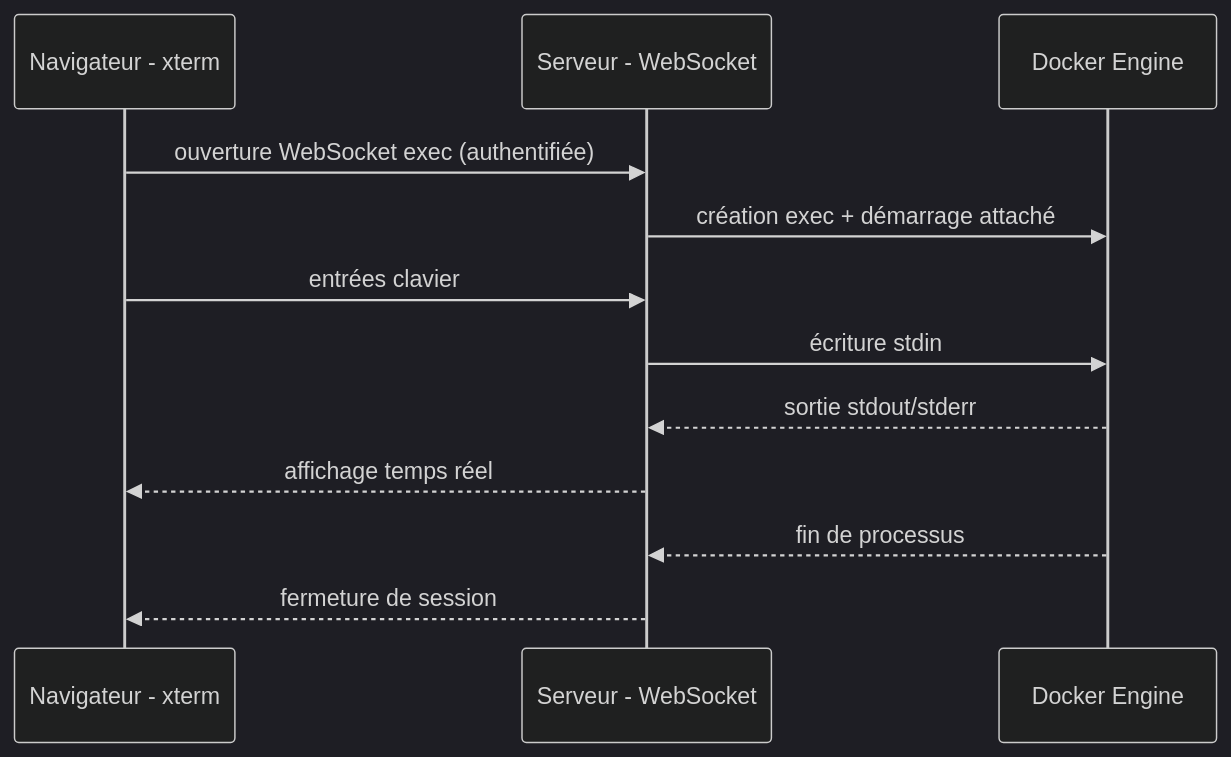
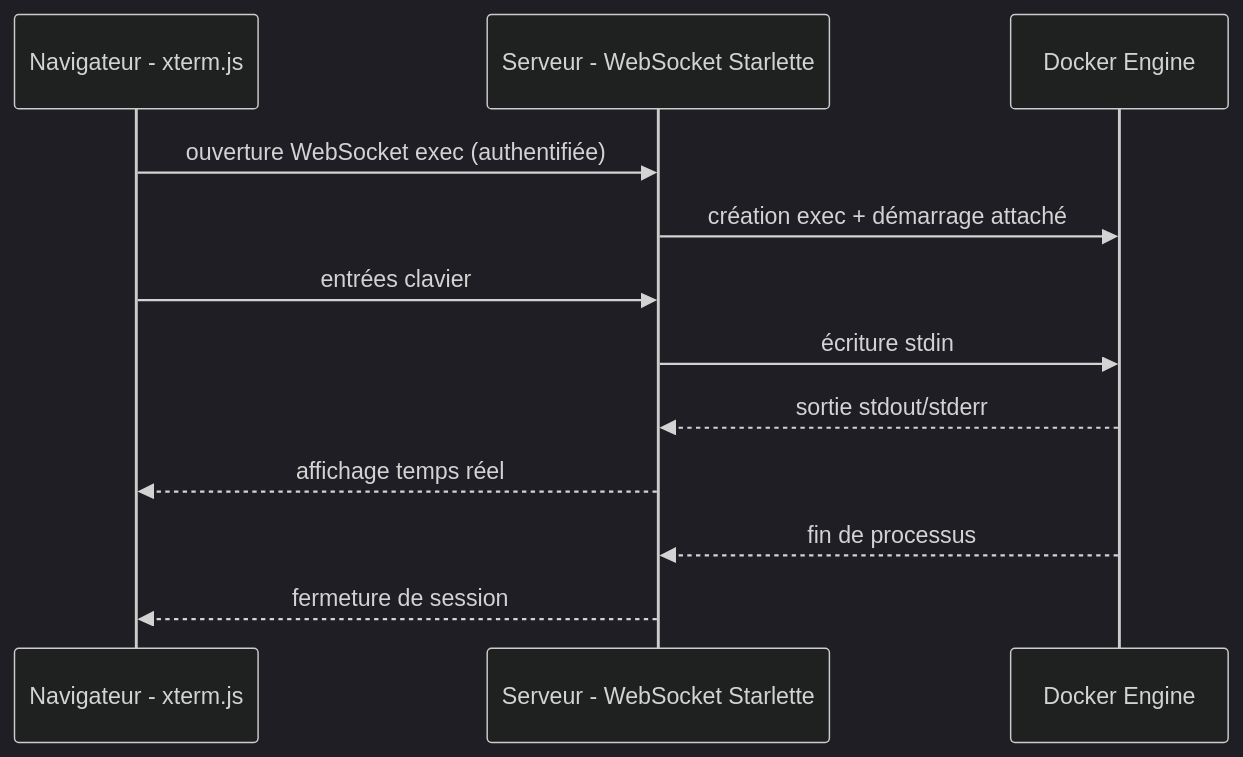
Before and after one commit to stefapi/windflow: the third of 8 diagrams in docs/spec_dockhand_reference/02-architecture-fonctionnelle.md, drawn with Mermaid (dark theme). The commit also changed other lines of this file and 15 other files, not shown here.

````diff
--- a/docs/spec_dockhand_reference/02-architecture-fonctionnelle.md
+++ b/docs/spec_dockhand_reference/02-architecture-fonctionnelle.md
@@ -248,15 +237,15 @@
 ```mermaid
 sequenceDiagram
-    participant N as Navigateur - xterm
-    participant S as Serveur - WebSocket
+    participant N as Navigateur - xterm.js
+    participant S as Serveur - WebSocket Starlette
     participant D as Docker Engine
 
     N->>S: ouverture WebSocket exec (authentifiée)
     S->>D: création exec + démarrage attaché
     N->>S: entrées clavier
     S->>D: écriture stdin
     D-->>S: sortie stdout/stderr
     S-->>N: affichage temps réel
     D-->>S: fin de processus
     S-->>N: fermeture de session
 ```
````
